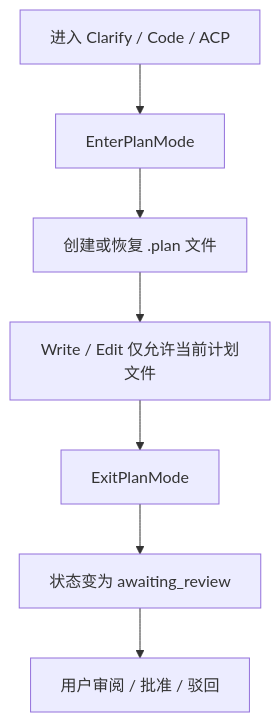
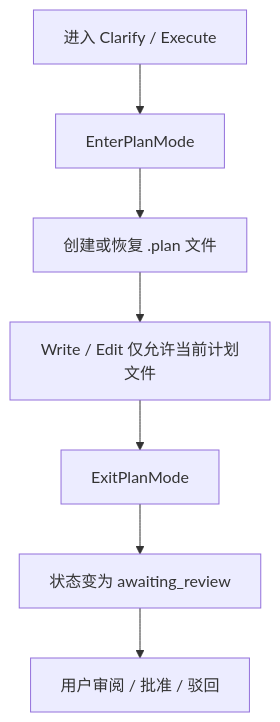
One commit to Leevity/Ola changed the diagram in docs/docs/capabilities/plan-mode.mdx. Above: the diagram before and after it, drawn with Mermaid. The commit also changed other lines of this file and 280 other files, not shown here.

````diff
--- a/docs/docs/capabilities/plan-mode.mdx
+++ b/docs/docs/capabilities/plan-mode.mdx
@@ -19,9 +19,9 @@
 ```mermaid
 flowchart TD
-  A["进入 Clarify / Code / ACP"] --> B["EnterPlanMode"]
+  A["进入 Clarify / Execute"] --> B["EnterPlanMode"]
   B --> C["创建或恢复 .plan 文件"]
   C --> D["Write / Edit 仅允许当前计划文件"]
   D --> E["ExitPlanMode"]
   E --> F["状态变为 awaiting_review"]
   F --> G["用户审阅 / 批准 / 驳回"]
 ```
````
